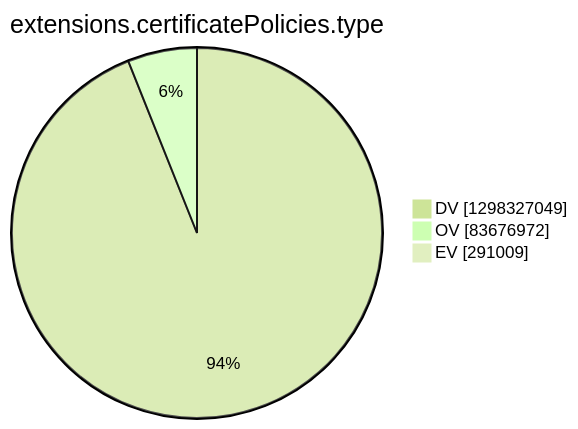
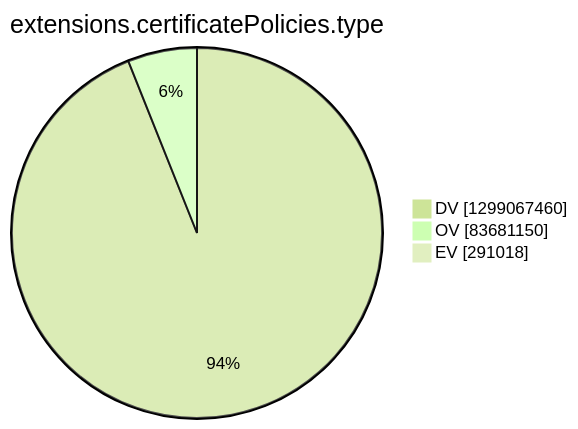
The tenth of 15 diagrams in argon2022/README.md (christiankrug/ctmonitor_visualization), drawn with Mermaid (forest theme) before and after one commit. The commit also changed other lines of this file, not shown here.

````diff
--- a/argon2022/README.md
+++ b/argon2022/README.md
@@ -2772,7 +2772,7 @@
 ```mermaid
 pie showData
 title extensions.certificatePolicies.type
-"DV" :1298327049
-"OV" :83676972
-"EV" :291009
+"DV" :1299067460
+"OV" :83681150
+"EV" :291018
 ```
````
